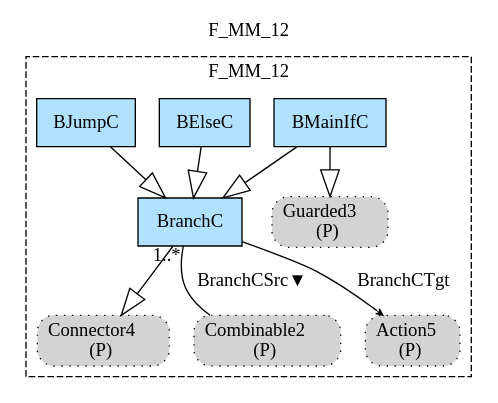
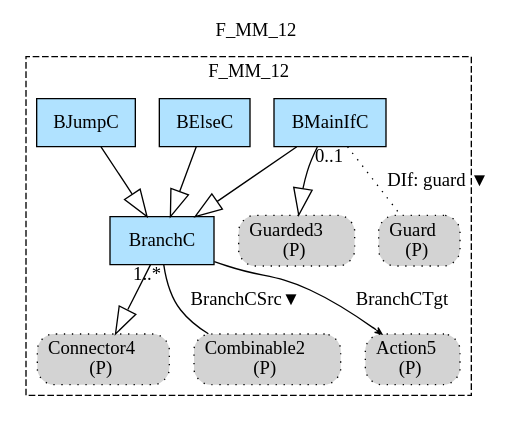
One commit to namalio/Fragmenta changed the diagram in Haskell/PCs/MM/img/F_MM_12.gv. Above: the diagram before and after it, drawn with Graphviz. The commit also changed 55 other files, not shown here.

```diff
--- a/Haskell/PCs/MM/img/F_MM_12.gv
+++ b/Haskell/PCs/MM/img/F_MM_12.gv
@@ -1,25 +1,28 @@
 digraph {graph[label=F_MM_12,labelloc=tl,labelfontsize=12];
 subgraph cluster_F_MM_12{style=dashed;label=F_MM_12;
 "PConnector4"[shape=box,fillcolor=lightgray,style ="rounded,filled,dotted",label=<Connector4<br/>(P)>];
 "PCombinable2"[shape=box,fillcolor=lightgray,style ="rounded,filled,dotted",label=<Combinable2<br/>(P)>];
 "PAction5"[shape=box,fillcolor=lightgray,style ="rounded,filled,dotted",label=<Action5<br/>(P)>];
 "PGuarded3"[shape=box,fillcolor=lightgray,style ="rounded,filled,dotted",label=<Guarded3<br/>(P)>];
+"PGuard"[shape=box,fillcolor=lightgray,style ="rounded,filled,dotted",label=<Guard<br/>(P)>];
 "BMainIfC"[shape=record,fillcolor=lightskyblue1,style = filled,label="BMainIfC"];
 "BElseC"[shape=record,fillcolor=lightskyblue1,style = filled,label="BElseC"];
 "BJumpC"[shape=record,fillcolor=lightskyblue1,style = filled,label="BJumpC"];
 "BranchC"[shape=record,fillcolor=lightskyblue1,style = filled,label="BranchC"];
 
 "BMainIfC"->"BranchC"[arrowhead=onormal,arrowsize=2.0];
 "BMainIfC"->"PGuarded3"[arrowhead=onormal,arrowsize=2.0];
 "BElseC"->"BranchC"[arrowhead=onormal,arrowsize=2.0];
 "BJumpC"->"BranchC"[arrowhead=onormal,arrowsize=2.0];
 "BranchC"->"PConnector4"[arrowhead=onormal,arrowsize=2.0];
 "BranchC"->"PCombinable2"[label="BranchCSrc▼",dir=none,taillabel="1..*",headlabel=""];
 "BranchC"->"PAction5"[label="BranchCTgt",arrowhead=vee,headlabel="",arrowsize=.5];
+"BMainIfC"->"PGuard"[label="DIf: guard ▼",dir=none,taillabel="0..1",headlabel="",style=dotted];
 
 }
 
 
 
 
+
 }
```
